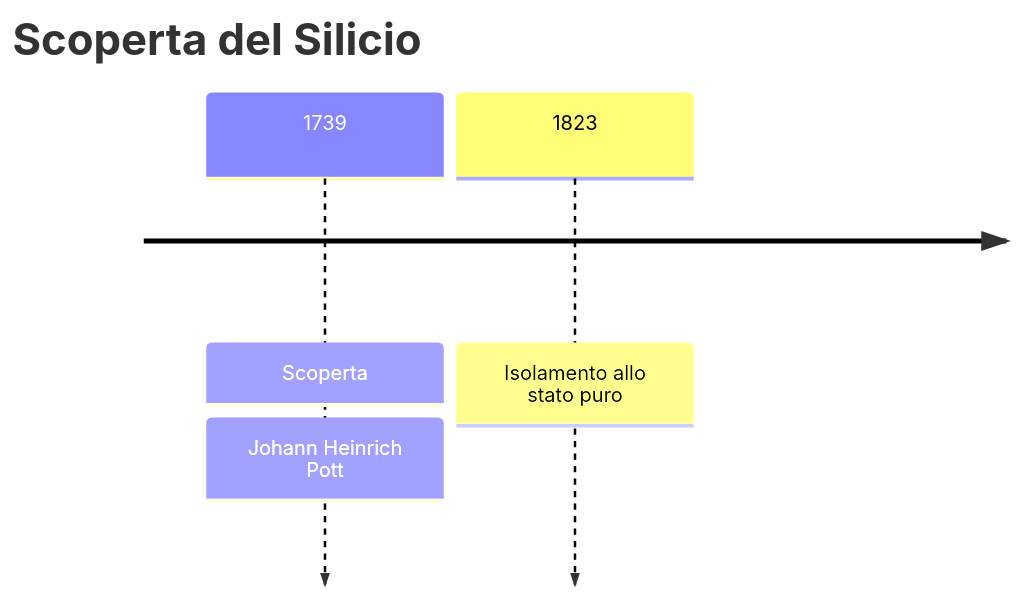
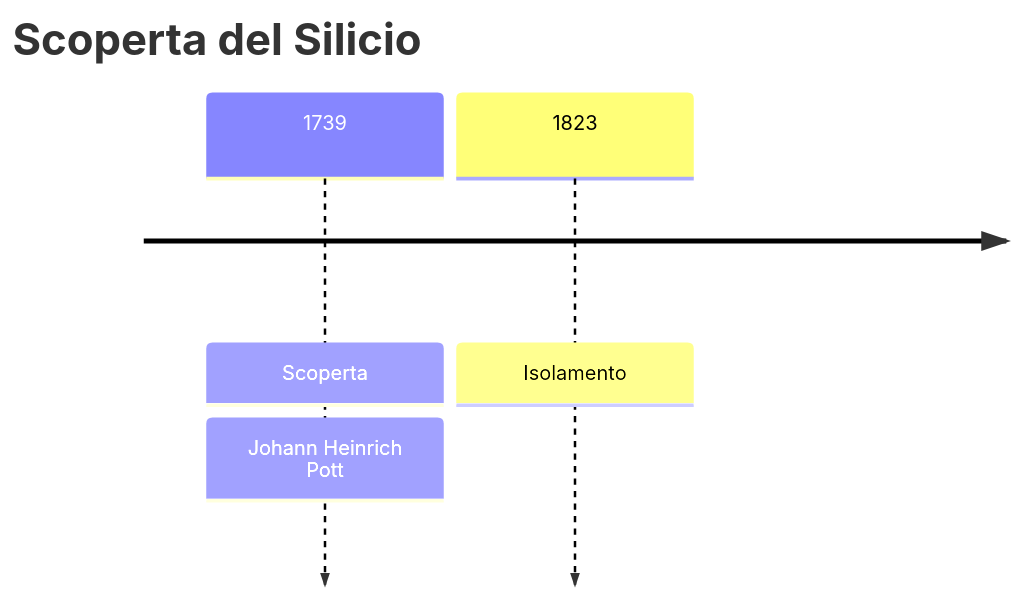
The first of 3 diagrams in vault/Elementi/Silicio.md (gianlucaciarcelluti/elements-caos), drawn with Mermaid before and after one commit. The commit also changed 56 other files, not shown here.

````diff
--- a/vault/Elementi/Silicio.md
+++ b/vault/Elementi/Silicio.md
@@ -28,6 +28,6 @@
 ```mermaid
 timeline
     title Scoperta del Silicio
     1739 : Scoperta : Johann Heinrich Pott
-    1823 : Isolamento allo stato puro
+    1823 : Isolamento
 ```
````
